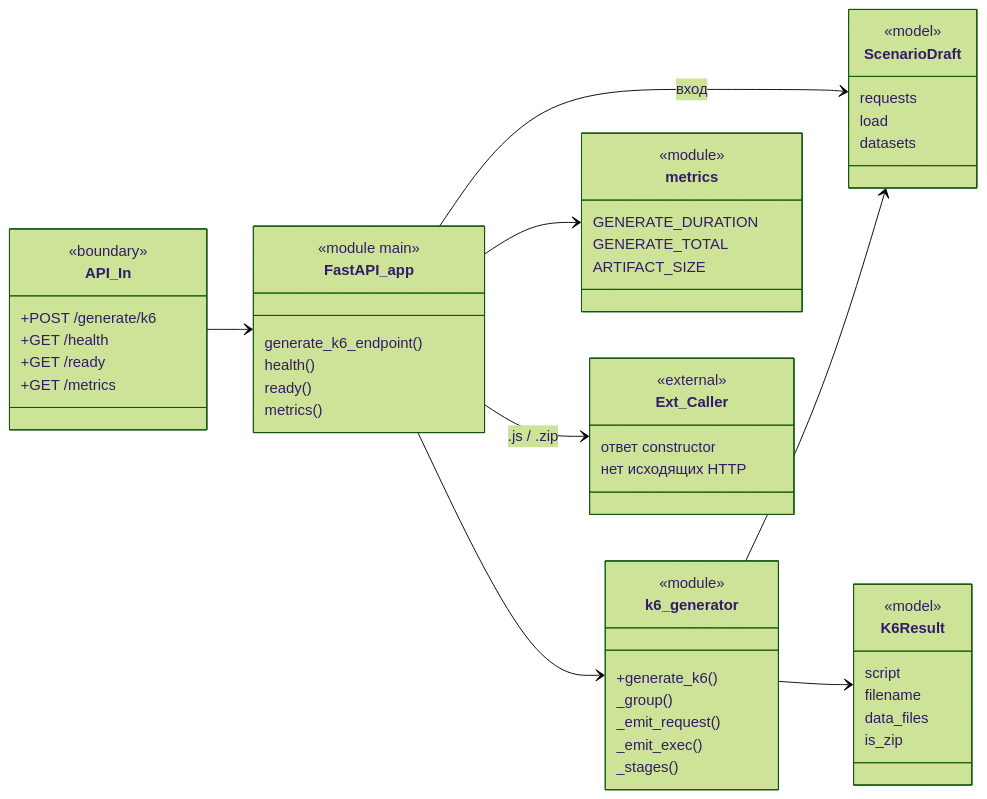
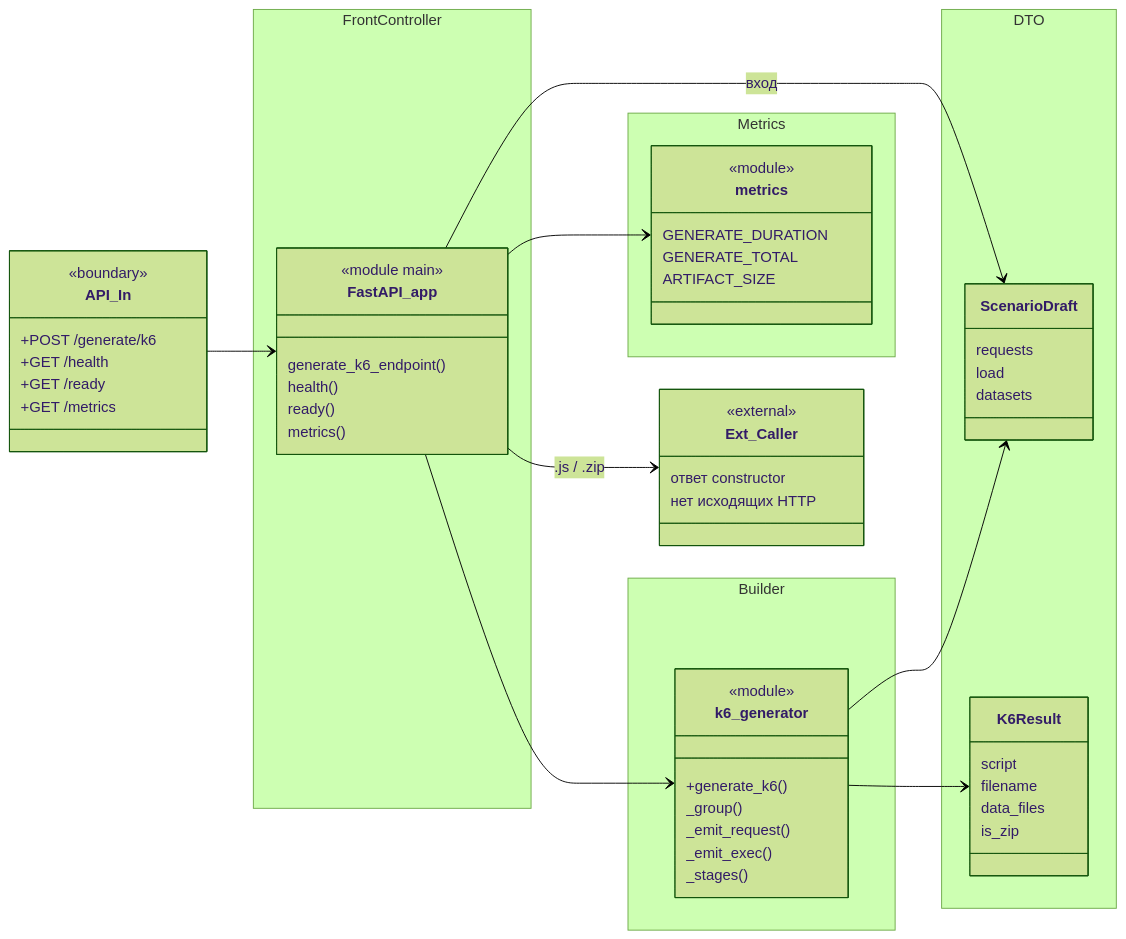
The fifth of 5 diagrams in docs/class-diagrams.md (veterokx-hub/loadportal), drawn with Mermaid (forest theme) before and after one commit. The commit also changed other lines of this file and 14 other files, not shown here.

First line of the commit message:
Harden orchestrator GitLab flow and fix Settings modal overflow.

````diff
--- a/docs/class-diagrams.md
+++ b/docs/class-diagrams.md
@@ -422,65 +715,70 @@
 ```mermaid
 classDiagram
   direction LR
 
   class API_In {
     <<boundary>>
     +POST /generate/k6
     +GET /health
     +GET /ready
     +GET /metrics
   }
 
-  class FastAPI_app {
-    <<module main>>
-    generate_k6_endpoint()
-    health()
-    ready()
-    metrics()
+  namespace FrontController {
+    class FastAPI_app {
+      <<module main>>
+      generate_k6_endpoint()
+      health()
+      ready()
+      metrics()
+    }
   }
 
-  class k6_generator {
-    <<module>>
-    +generate_k6()
-    _group()
-    _emit_request()
-    _emit_exec()
-    _stages()
+  namespace Builder {
+    class k6_generator {
+      <<module>>
+      +generate_k6()
+      _group()
+      _emit_request()
+      _emit_exec()
+      _stages()
+    }
   }
 
-  class metrics {
-    <<module>>
-    GENERATE_DURATION
-    GENERATE_TOTAL
-    ARTIFACT_SIZE
+  namespace DTO {
+    class ScenarioDraft {
+      requests
+      load
+      datasets
+    }
+    class K6Result {
+      script
+      filename
+      data_files
+      is_zip
+    }
   }
 
-  class ScenarioDraft {
-    <<model>>
-    requests
-    load
-    datasets
-  }
-
-  class K6Result {
-    <<model>>
-    script
-    filename
-    data_files
-    is_zip
+  namespace Metrics {
+    class metrics {
+      <<module>>
+      GENERATE_DURATION
+      GENERATE_TOTAL
+      ARTIFACT_SIZE
+    }
   }
 
   class Ext_Caller {
     <<external>>
     ответ constructor
     нет исходящих HTTP
   }
 
   API_In --> FastAPI_app
   FastAPI_app --> ScenarioDraft : вход
   FastAPI_app --> k6_generator
   FastAPI_app --> metrics
   k6_generator --> ScenarioDraft
   k6_generator --> K6Result
   FastAPI_app --> Ext_Caller : .js / .zip
 ```
````
